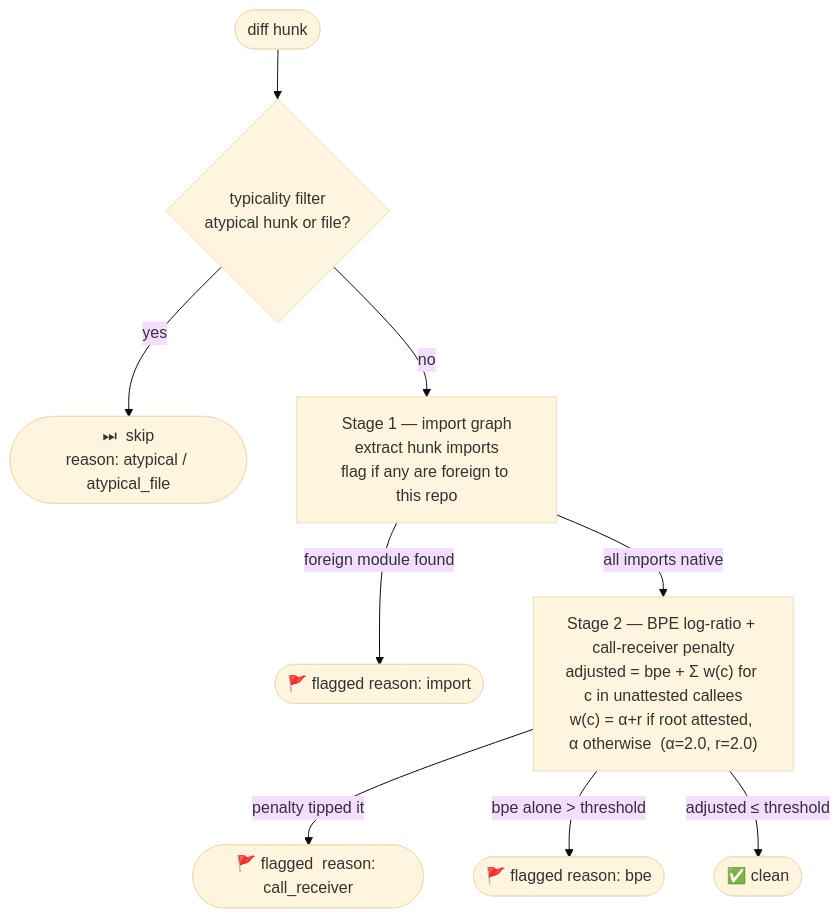
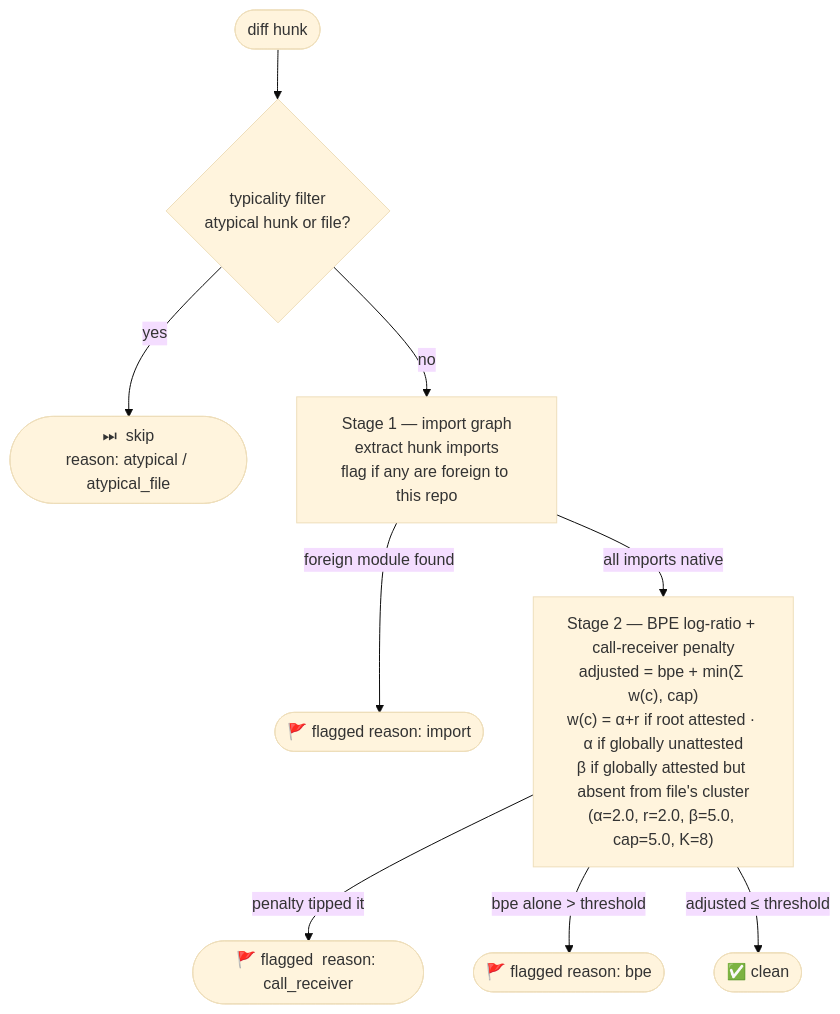
The second of 2 diagrams in README.md (get-tmonier/argot), drawn with Mermaid (base theme) before and after one commit. The commit also changed other lines of this file and 26 other files, not shown here.

First line of the commit message:
feat(era-11): ship cluster-conditional call-receiver attestation (#35)

````diff
--- a/README.md
+++ b/README.md
@@ -223,11 +225,11 @@
 ```mermaid
 flowchart TD
     H(["diff hunk"]) --> TYP{"typicality filter<br/>atypical hunk or file?"}
     TYP -- yes --> SKIP(["⏭  skip<br/>reason: atypical / atypical_file"])
     TYP -- no --> S1["Stage 1 — import graph\nextract hunk imports\nflag if any are foreign to this repo"]
     S1 -- "foreign module found" --> F1(["🚩 flagged  reason: import"])
-    S1 -- "all imports native" --> S2["Stage 2 — BPE log-ratio + call-receiver penalty\nadjusted = bpe + Σ w(c) for c in unattested callees\nw(c) = α+r if root attested, α otherwise  (α=2.0, r=2.0)"]
+    S1 -- "all imports native" --> S2["Stage 2 — BPE log-ratio + call-receiver penalty\nadjusted = bpe + min(Σ w(c), cap)\nw(c) = α+r if root attested · α if globally unattested\nβ if globally attested but absent from file's cluster\n(α=2.0, r=2.0, β=5.0, cap=5.0, K=8)"]
     S2 -- "penalty tipped it" --> F15(["🚩 flagged  reason: call_receiver"])
     S2 -- "bpe alone > threshold" --> F2(["🚩 flagged  reason: bpe"])
     S2 -- "adjusted ≤ threshold" --> OK(["✅ clean"])
 ```
````
